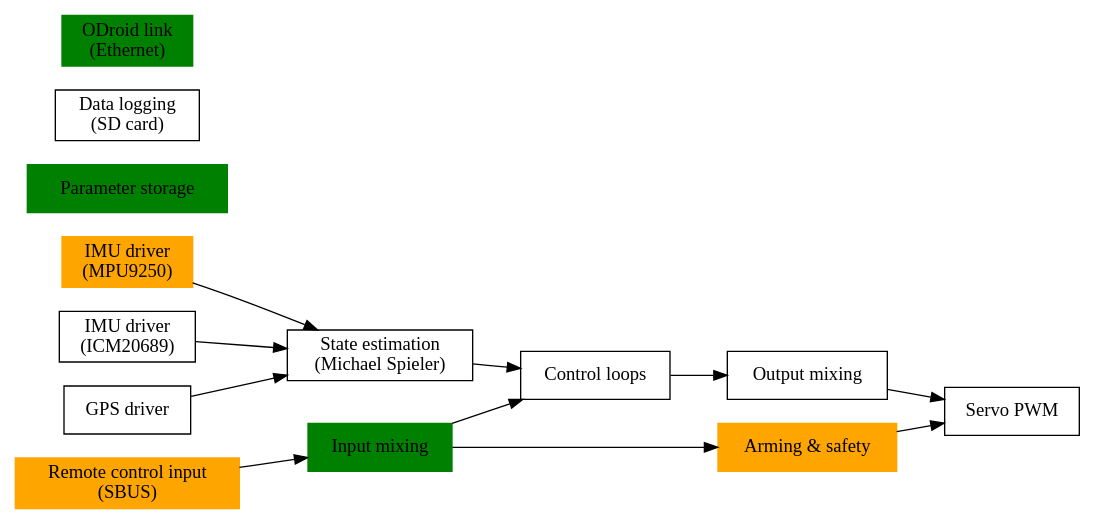
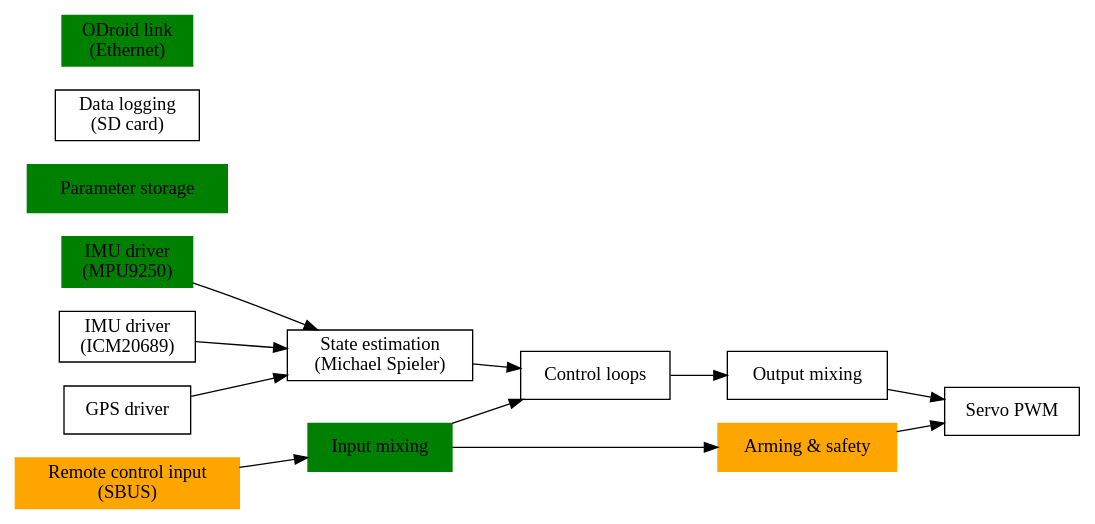
One commit to HydrocontestEPFL/autopilot-firmware changed the diagram in doc/information_flow.dot. Above: the diagram before and after it, drawn with Graphviz.

Commit message:
Mark mpu driver as tested on hardware

```diff
--- a/doc/information_flow.dot
+++ b/doc/information_flow.dot
@@ -1,28 +1,28 @@
 digraph Flow {
     rankdir = LR;
     node [shape="box"];
-    mpu9250_driver [style=filled, color="orange", label="IMU driver\n(MPU9250)"]
+    mpu9250_driver [style=filled, color="green", label="IMU driver\n(MPU9250)"]
     icm20689_driver [label="IMU driver\n(ICM20689)"]
     gps_driver [label="GPS driver"]
     parameter [label="Parameter storage", style=filled, color="green"];
     data_logging [label="Data logging\n(SD card)"];
     rc_input [label="Remote control input\n(SBUS)", style="filled", color="orange"];
     ethernet [label="ODroid link\n(Ethernet)", style="filled", color="green"];
     input_mapping [label="Input mixing", style="filled", color="green"];
     state_estimation [label="State estimation\n(Michael Spieler)"];
     controller [label="Control loops"];
     mixer [label="Output mixing"];
     safety [label="Arming & safety", style="filled", color="orange"];
     output_pwm [label="Servo PWM"];
 
     rc_input -> input_mapping;
     gps_driver -> state_estimation;
     mpu9250_driver -> state_estimation;
     icm20689_driver -> state_estimation;
     state_estimation -> controller;
     input_mapping -> controller;
     input_mapping -> safety;
     safety -> output_pwm;
     controller -> mixer;
     mixer -> output_pwm;
 }
```
